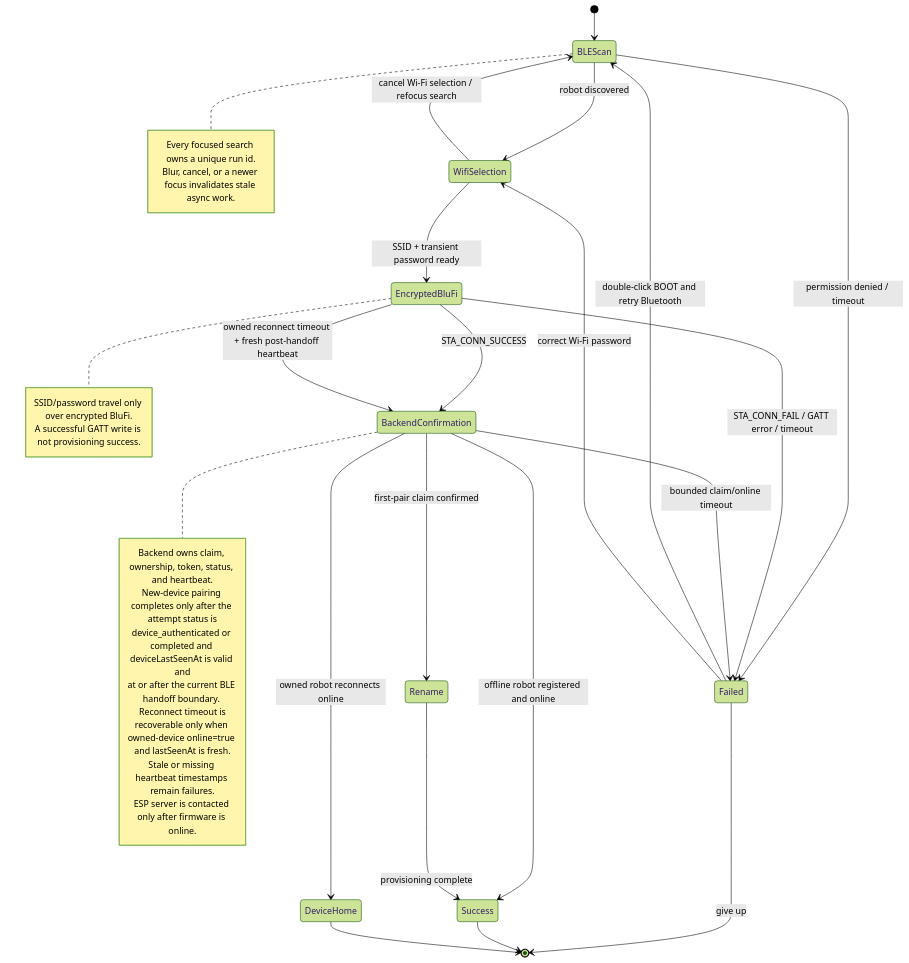
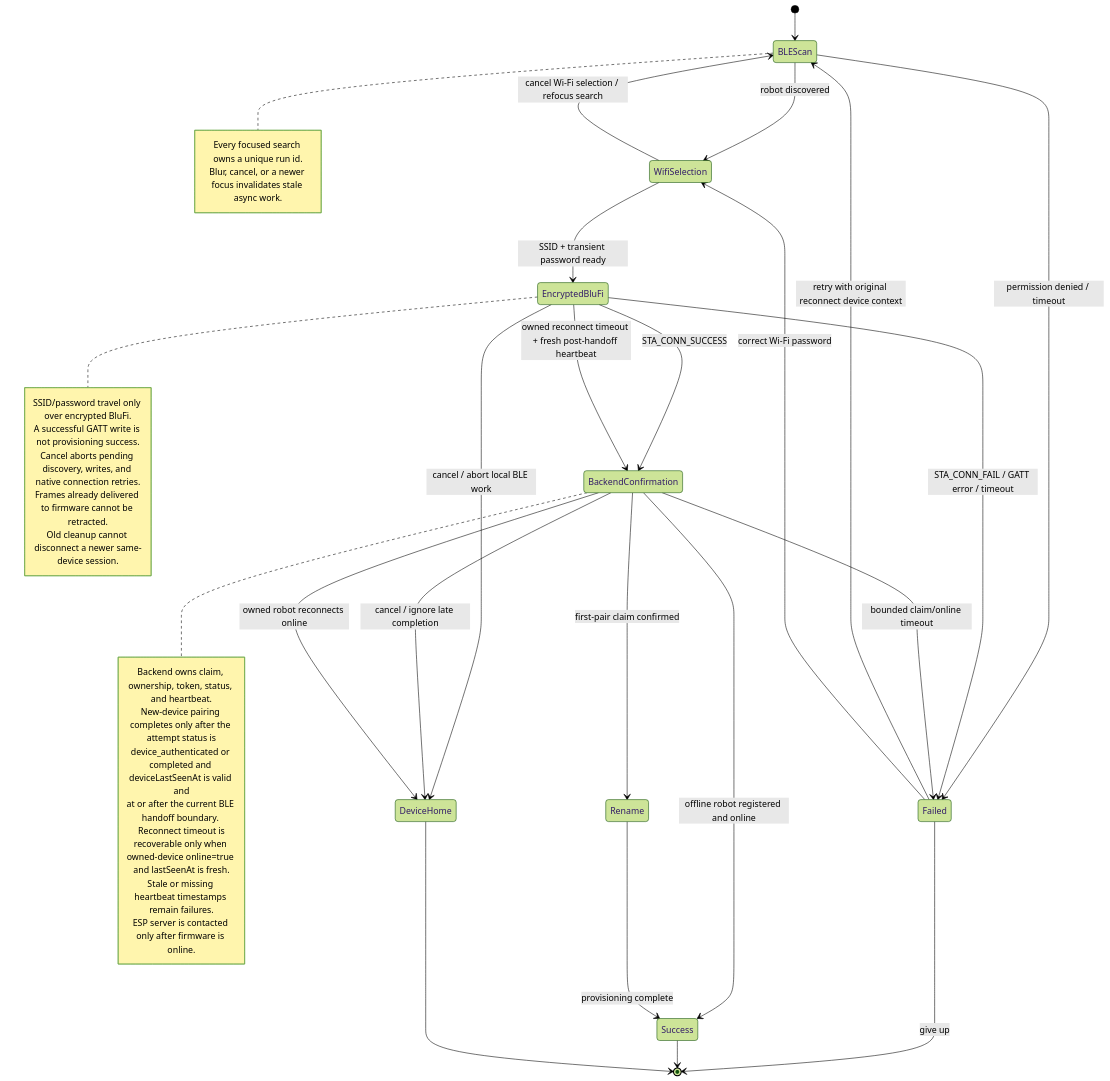
Before and after one commit to JSR-Algo/TJBOT-Mobile: the diagram in migrate-ui-ux-to-mobile-app-docs/state-machines/device-pairing.state.mmd, drawn with Mermaid (forest theme). The commit also changed 9 other files, not shown here.

```diff
--- a/migrate-ui-ux-to-mobile-app-docs/state-machines/device-pairing.state.mmd
+++ b/migrate-ui-ux-to-mobile-app-docs/state-machines/device-pairing.state.mmd
@@ -1,39 +1,44 @@
 stateDiagram-v2
     [*] --> BLEScan
     BLEScan --> WifiSelection: robot discovered
     BLEScan --> Failed: permission denied / timeout
     WifiSelection --> BLEScan: cancel Wi-Fi selection / refocus search
     WifiSelection --> EncryptedBluFi: SSID + transient password ready
     EncryptedBluFi --> Failed: STA_CONN_FAIL / GATT error / timeout
     EncryptedBluFi --> BackendConfirmation: STA_CONN_SUCCESS
+    EncryptedBluFi --> DeviceHome: cancel / abort local BLE work
+    BackendConfirmation --> DeviceHome: cancel / ignore late completion
     EncryptedBluFi --> BackendConfirmation: owned reconnect timeout + fresh post-handoff heartbeat
     BackendConfirmation --> Rename: first-pair claim confirmed
     BackendConfirmation --> Success: offline robot registered and online
     BackendConfirmation --> DeviceHome: owned robot reconnects online
     BackendConfirmation --> Failed: bounded claim/online timeout
-    Failed --> BLEScan: double-click BOOT and retry Bluetooth
+    Failed --> BLEScan: retry with original reconnect device context
     Failed --> WifiSelection: correct Wi-Fi password
     Failed --> [*]: give up
     Rename --> Success: provisioning complete
     Success --> [*]
     DeviceHome --> [*]
 
     note right of EncryptedBluFi
       SSID/password travel only over encrypted BluFi.
       A successful GATT write is not provisioning success.
+      Cancel aborts pending discovery, writes, and native connection retries.
+      Frames already delivered to firmware cannot be retracted.
+      Old cleanup cannot disconnect a newer same-device session.
     end note
 
     note right of BackendConfirmation
       Backend owns claim, ownership, token, status, and heartbeat.
       New-device pairing completes only after the attempt status is
       device_authenticated or completed and deviceLastSeenAt is valid and
       at or after the current BLE handoff boundary. Reconnect timeout is
       recoverable only when owned-device online=true and lastSeenAt is fresh.
       Stale or missing heartbeat timestamps remain failures.
       ESP server is contacted only after firmware is online.
     end note
 
     note right of BLEScan
       Every focused search owns a unique run id.
       Blur, cancel, or a newer focus invalidates stale async work.
     end note
```
